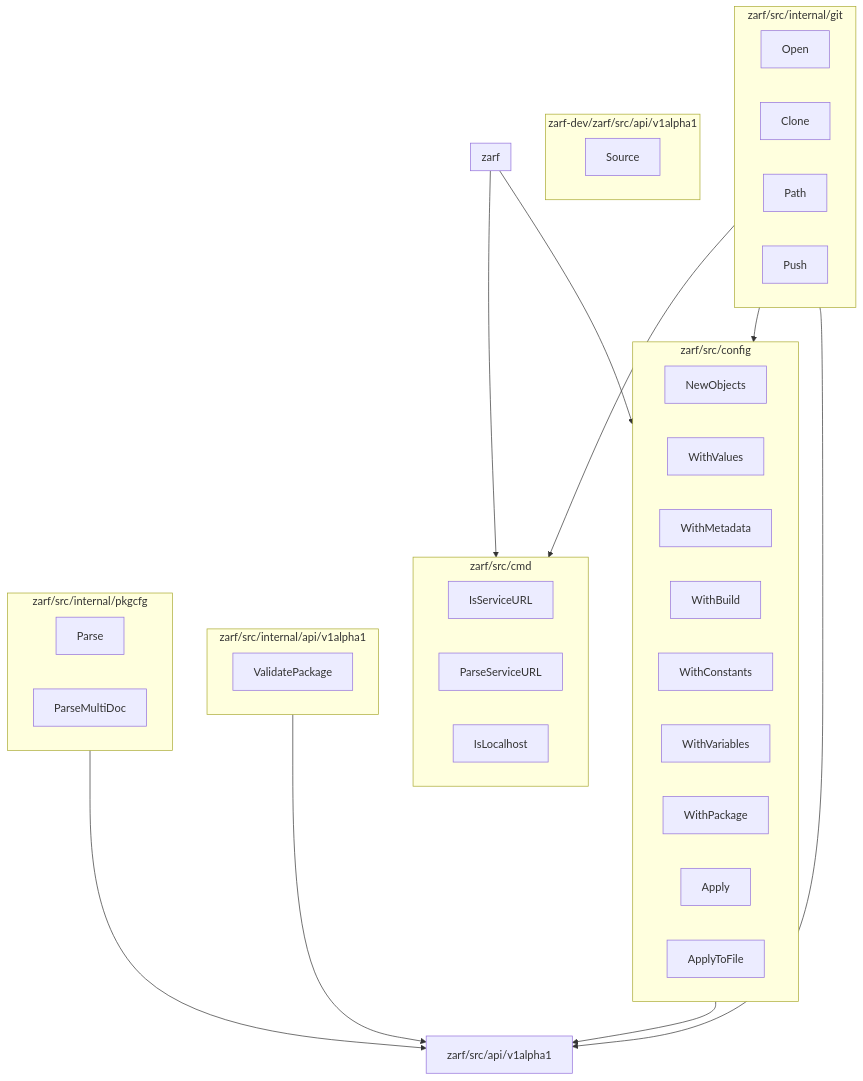
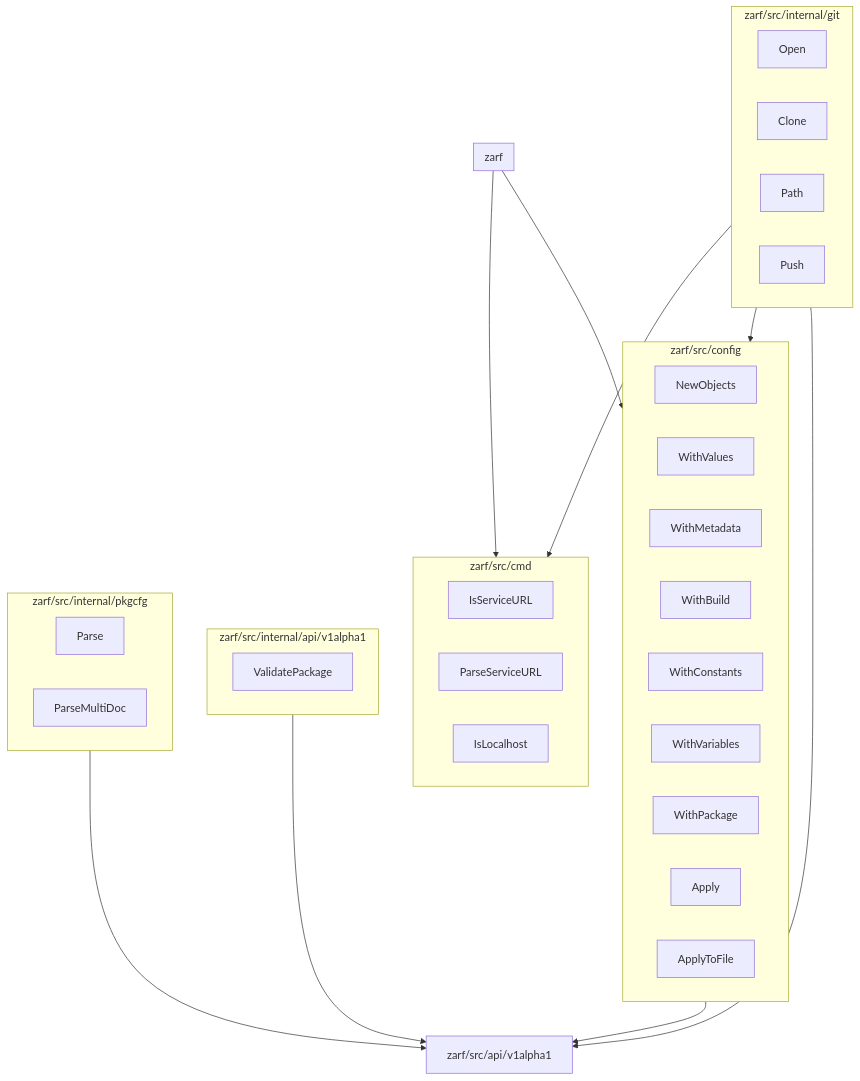
The diagram in README.md (Holius/ASTeroidMermaid), drawn with Mermaid before and after one commit. The commit also changed 1 other file, not shown here.

Commit message:
[chore] cleanup test expectation

````diff
--- a/README.md
+++ b/README.md
@@ -8,45 +8,42 @@
 ```mermaid
-graph TD;
+graph TD
   subgraph zarf
   end
   zarf --> zarf/src/cmd
   zarf --> zarf/src/config
-  subgraph zarf-dev/zarf/src/api/v1alpha1
-  Source
-  end
   subgraph zarf/src/cmd
   IsServiceURL
   ParseServiceURL
   IsLocalhost
   end
   subgraph zarf/src/config
   NewObjects
   WithValues
   WithMetadata
   WithBuild
   WithConstants
   WithVariables
   WithPackage
   Apply
   ApplyToFile
   end
   zarf/src/config --> zarf/src/api/v1alpha1
   subgraph zarf/src/internal/api/v1alpha1
   ValidatePackage
   end
   zarf/src/internal/api/v1alpha1 --> zarf/src/api/v1alpha1
   subgraph zarf/src/internal/git
   Open
   Clone
   Path
   Push
   end
   zarf/src/internal/git --> zarf/src/cmd
   zarf/src/internal/git --> zarf/src/config
   zarf/src/internal/git --> zarf/src/api/v1alpha1
   subgraph zarf/src/internal/pkgcfg
   Parse
   ParseMultiDoc
   end
   zarf/src/internal/pkgcfg --> zarf/src/api/v1alpha1
 ```
````
